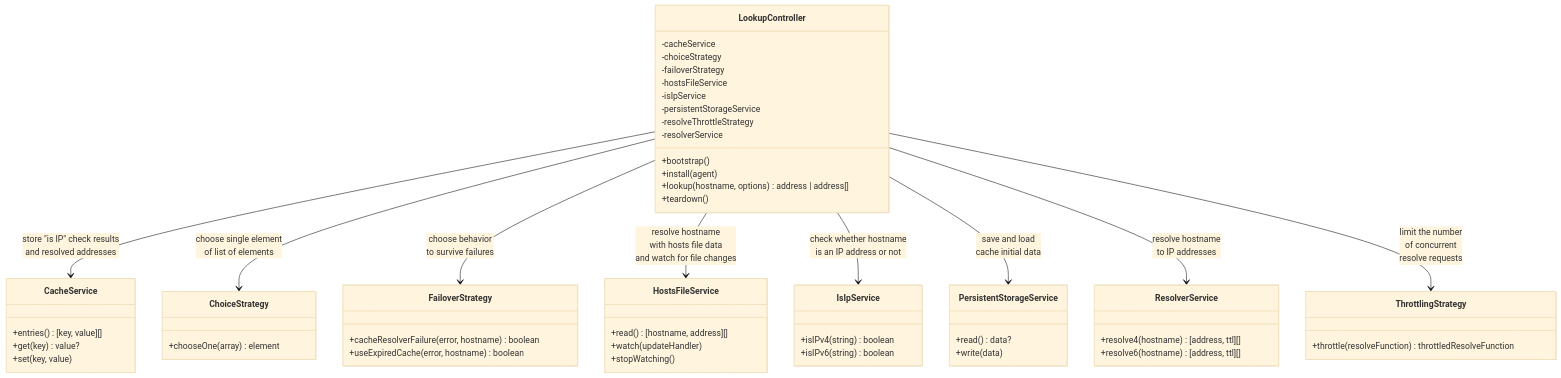
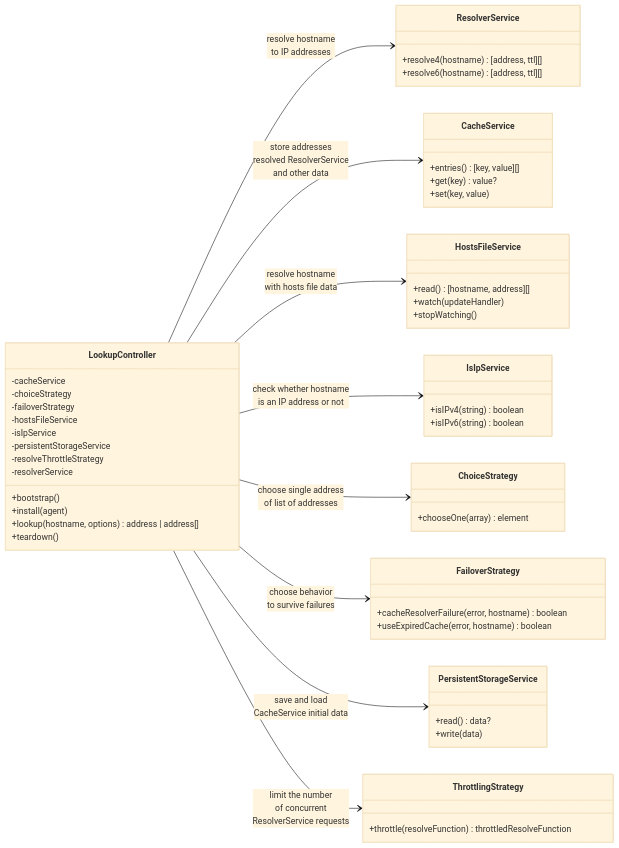
One commit to sempasha/super-dns-lookup changed the diagram in README.md. Above: the diagram before and after it, drawn with Mermaid (base theme). The commit also changed other lines of this file and 38 other files, not shown here.

First line of the commit message:
feat: 🪄 LookupController is an interface and SuperLookupController impl; add libc compatibility option

````diff
--- a/README.md
+++ b/README.md
@@ -137,68 +137,71 @@
 ```mermaid
 classDiagram
+
+direction LR
 
 class CacheService {
   +entries() [key, value][]
   +get(key) value?
   +set(key, value)
 }
 
 class ChoiceStrategy {
   +chooseOne(array) element
 }
 
 class FailoverStrategy {
   +cacheResolverFailure(error, hostname) boolean
   +useExpiredCache(error, hostname) boolean
 }
 
 class HostsFileService {
   +read() [hostname, address][]
   +watch(updateHandler)
   +stopWatching()
 }
 
 class IsIpService {
   +isIPv4(string) boolean
   +isIPv6(string) boolean
 }
 
 class PersistentStorageService {
   +read() data?
   +write(data)
 }
 
 class ResolverService {
   +resolve4(hostname) [address, ttl][]
   +resolve6(hostname) [address, ttl][]
 }
 
 class ThrottlingStrategy {
   +throttle(resolveFunction) throttledResolveFunction
 }
 
 class LookupController {
   -cacheService
   -choiceStrategy
   -failoverStrategy
   -hostsFileService
   -isIpService
   -persistentStorageService
   -resolveThrottleStrategy
   -resolverService
 
   +bootstrap()
   +install(agent)
   +lookup(hostname, options) address | address[]
   +teardown()
 }
+click LookupController href "https://github.com/sempasha/super-dns-lookup/blob/main/docs/interfaces/LookupController.md" "LookupController"
 
-LookupController --> CacheService : store "is IP" check results<br />and resolved addresses
-LookupController --> ChoiceStrategy : choose single element<br />of list of elements
+LookupController --> ResolverService : resolve hostname<br />to IP addresses
+LookupController --> CacheService : store addresses<br />resolved ResolverService<br />and other data
+LookupController --> HostsFileService : resolve hostname<br />with hosts file data
+LookupController --> IsIpService : check whether hostname<br />is an IP address or not
+LookupController --> ChoiceStrategy : choose single address<br />of list of addresses
 LookupController --> FailoverStrategy : choose behavior<br />to survive failures
-LookupController --> HostsFileService : resolve hostname<br />with hosts file data<br />and watch for file changes
-LookupController --> IsIpService : check whether hostname<br />is an IP address or not
-LookupController --> PersistentStorageService : save and load<br />cache initial data
-LookupController --> ResolverService : resolve hostname<br />to IP addresses
-LookupController --> ThrottlingStrategy : limit the number<br />of concurrent<br />resolve requests
+LookupController --> PersistentStorageService : save and load<br />CacheService initial data
+LookupController --> ThrottlingStrategy : limit the number<br />of concurrent<br />ResolverService requests
 ```
````
